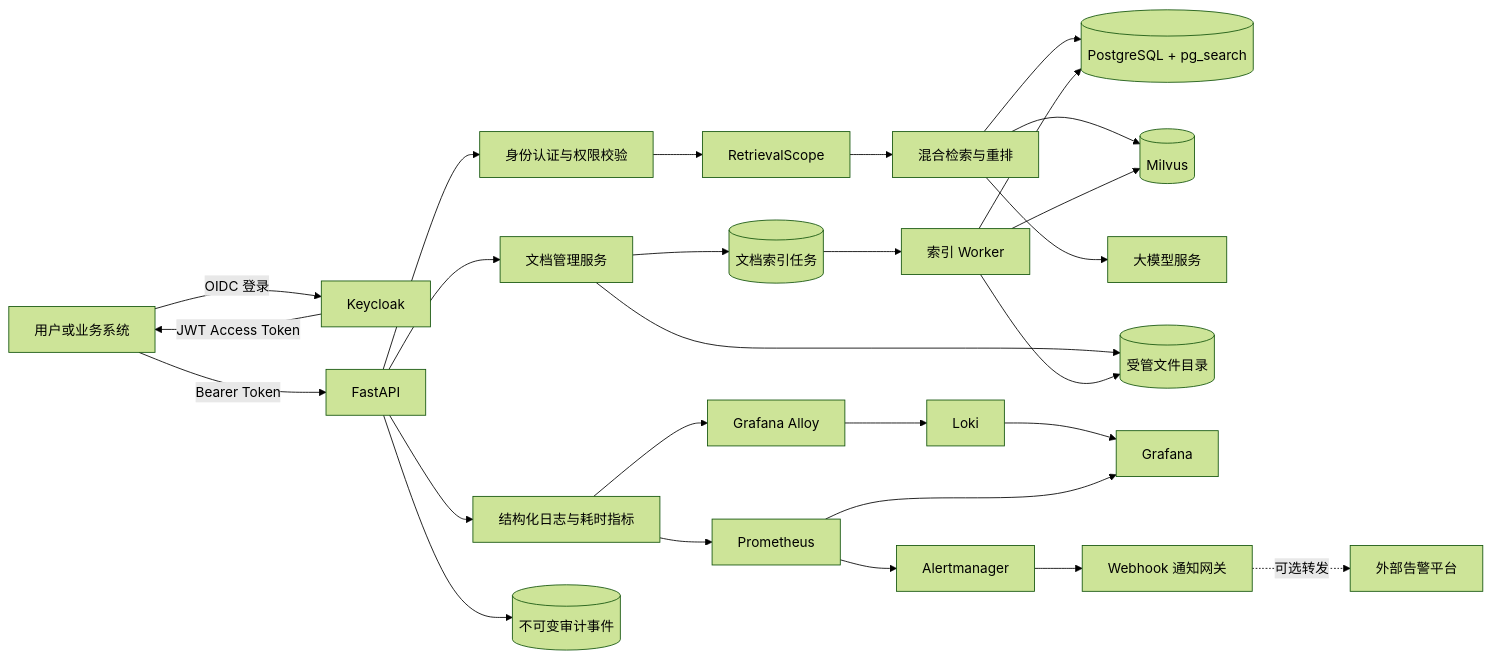
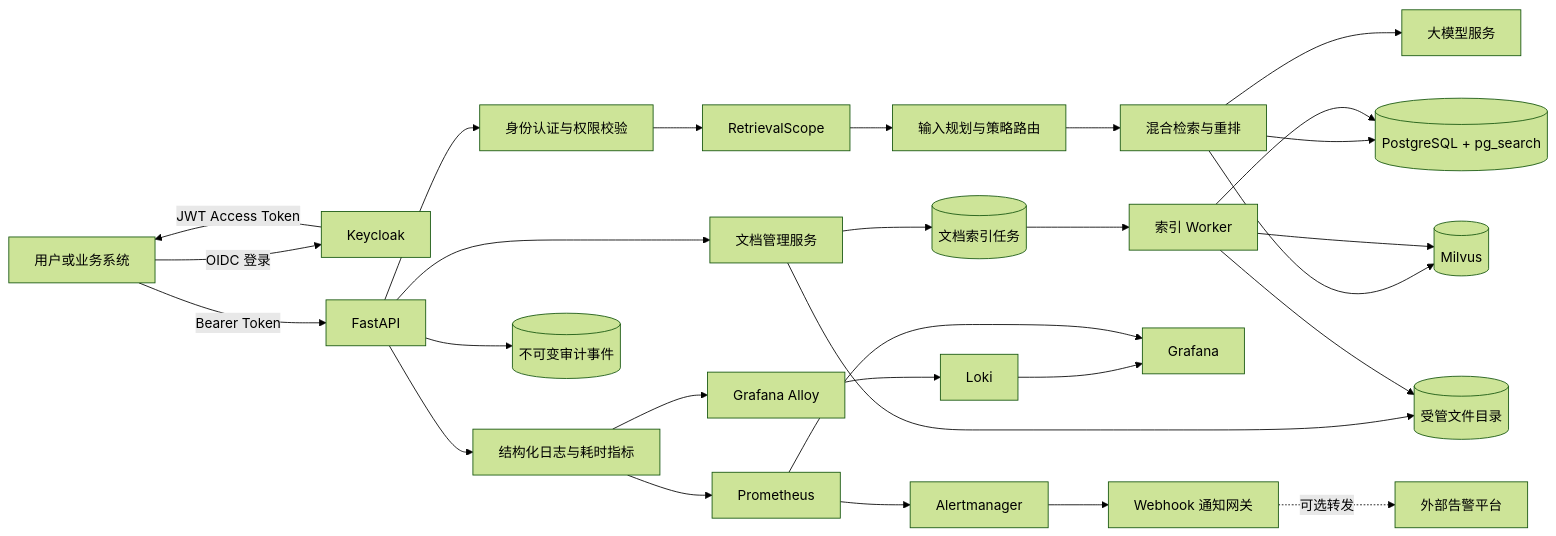
Before and after one commit to Heresy0/Agentic_RAG_Enterprise_knowledge_base: the diagram in README.md, drawn with Mermaid (forest theme). The commit also changed other lines of this file and 29 other files, not shown here.

````diff
--- a/README.md
+++ b/README.md
@@ -43,29 +46,30 @@
 ```mermaid
 flowchart LR
     U[用户或业务系统] -->|OIDC 登录| K[Keycloak]
     K -->|JWT Access Token| U
     U -->|Bearer Token| A[FastAPI]
     A --> I[身份认证与权限校验]
     I --> S[RetrievalScope]
-    S --> R[混合检索与重排]
+    S --> Q[输入规划与策略路由]
+    Q --> R[混合检索与重排]
     R --> P[(PostgreSQL + pg_search)]
     R --> V[(Milvus)]
     R --> L[大模型服务]
     A --> D[文档管理服务]
     D --> F[(受管文件目录)]
     D --> J[(文档索引任务)]
     J --> W[索引 Worker]
     W --> F
     W --> P
     W --> V
     A --> O[结构化日志与耗时指标]
     A --> AU[(不可变审计事件)]
     O --> M[Prometheus]
     O --> AL[Grafana Alloy]
     AL --> LK[Loki]
     LK --> G[Grafana]
     M --> G[Grafana]
     M --> AM[Alertmanager]
     AM --> AW[Webhook 通知网关]
     AW -. 可选转发 .-> E[外部告警平台]
 ```
````
